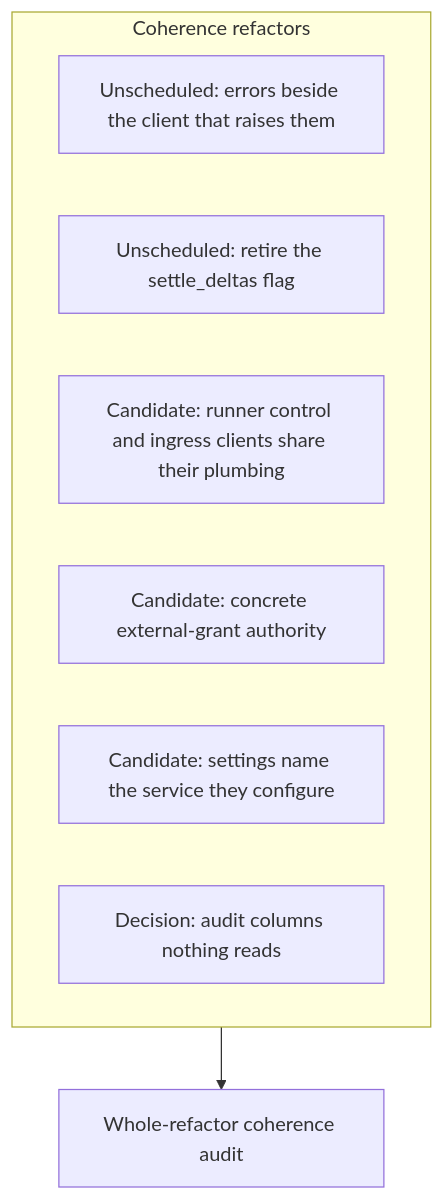
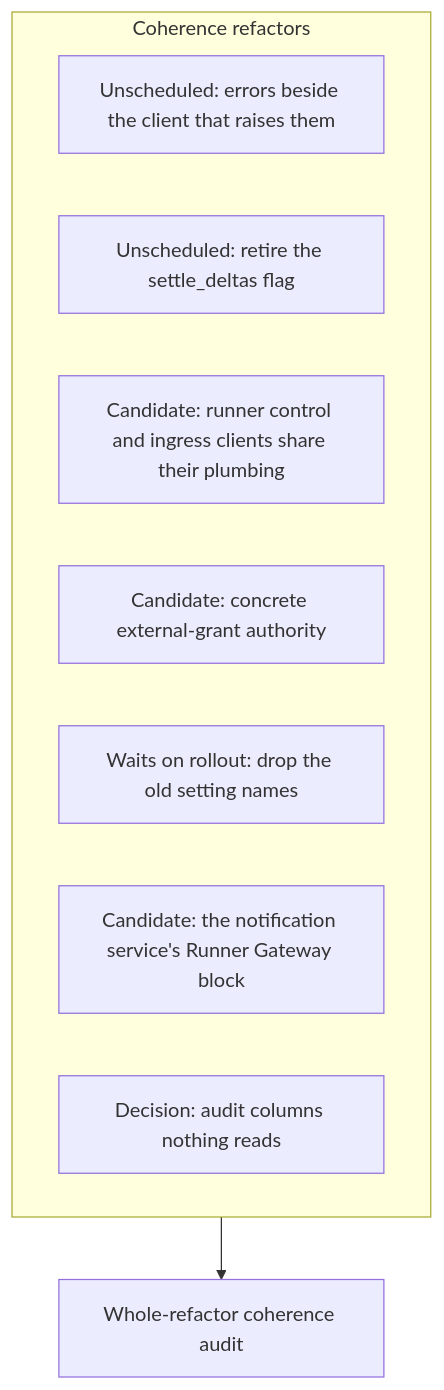
Before and after one commit to agentydragon-agent/ducktape: diagram 14 of 14 in agentplane/plans/task_dag.md, drawn with Mermaid. The commit also changed other lines of this file and 12 other files, not shown here.

First line of the commit message:
agentplane: settings name the Runner Gateway and History Service they configure (#10138)

````diff
--- a/agentplane/plans/task_dag.md
+++ b/agentplane/plans/task_dag.md
@@ -927,12 +924,13 @@
 ```mermaid
 flowchart TD
     subgraph COHERENCE_REFACTORS[Coherence refactors]
         RUNNER_ERRORS_REHOME[Unscheduled: errors beside the client that raises them]
         SETTLE_DELTAS_ALWAYS_ON[Unscheduled: retire the settle_deltas flag]
         RUNNER_CORE_SPLIT[Candidate: runner control and ingress clients share their plumbing]
         ACTION_PROTOCOLS_CONCRETE[Candidate: concrete external-grant authority]
-        SERVICE_SETTING_NAMES[Candidate: settings name the service they configure]
+        SERVICE_SETTING_OLD_NAMES_DROP[Waits on rollout: drop the old setting names]
+        NOTIFICATION_GATEWAY_SETTINGS[Candidate: the notification service's Runner Gateway block]
         NOTIFICATION_WRITE_ONLY_COLUMNS[Decision: audit columns nothing reads]
     end
     COHERENCE_REFACTORS --> REFACTOR_COHERENCE_AUDIT[Whole-refactor coherence audit]
 ```
````
